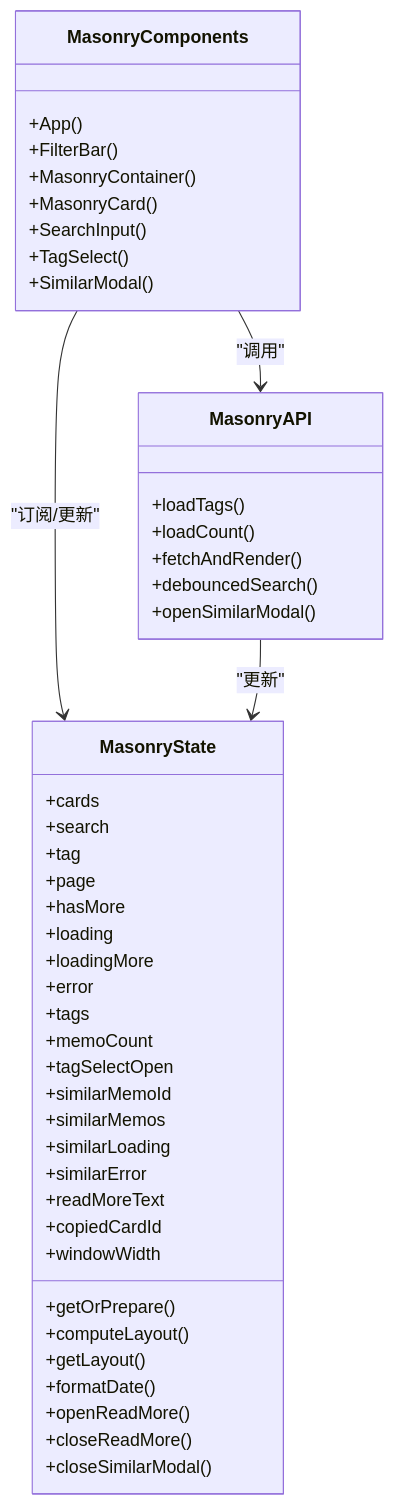
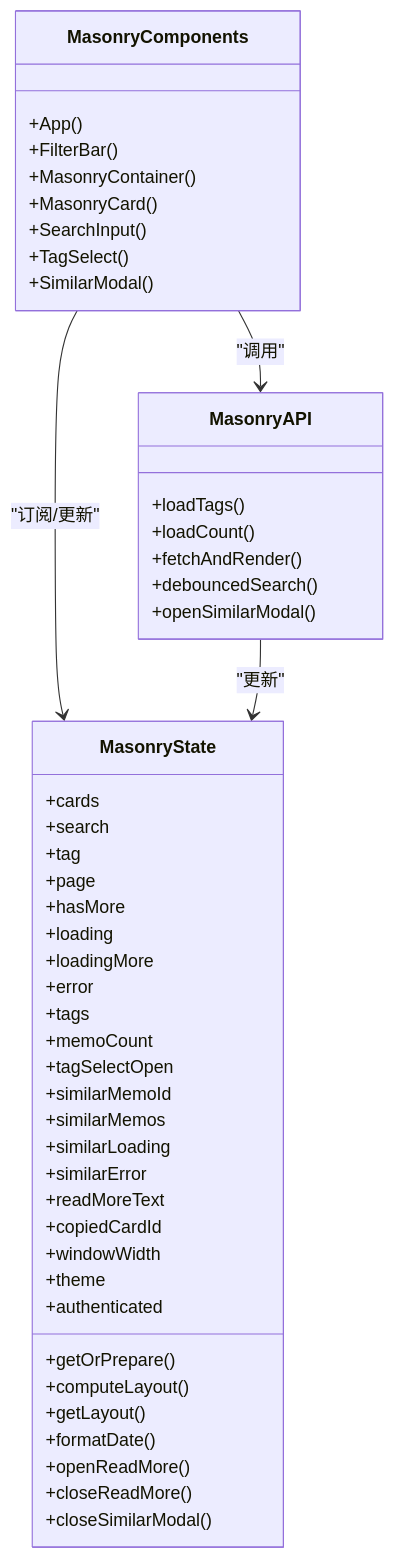
The third of 3 diagrams in .qoder/repowiki/zh/content/前端应用/Masonry瀑布流界面/状态管理机制.md (BlackBoxRecorder/memos), drawn with Mermaid before and after one commit. The commit also changed other lines of this file and 7 other files, not shown here.

````diff
--- a/.qoder/repowiki/zh/content/前端应用/Masonry瀑布流界面/状态管理机制.md
+++ b/.qoder/repowiki/zh/content/前端应用/Masonry瀑布流界面/状态管理机制.md
@@ -253,49 +268,51 @@
 ```mermaid
 classDiagram
 class MasonryState {
 +cards
 +search
 +tag
 +page
 +hasMore
 +loading
 +loadingMore
 +error
 +tags
 +memoCount
 +tagSelectOpen
 +similarMemoId
 +similarMemos
 +similarLoading
 +similarError
 +readMoreText
 +copiedCardId
 +windowWidth
++theme
++authenticated
 +getOrPrepare()
 +computeLayout()
 +getLayout()
 +formatDate()
 +openReadMore()
 +closeReadMore()
 +closeSimilarModal()
 }
 class MasonryComponents {
 +App()
 +FilterBar()
 +MasonryContainer()
 +MasonryCard()
 +SearchInput()
 +TagSelect()
 +SimilarModal()
 }
 class MasonryAPI {
 +loadTags()
 +loadCount()
 +fetchAndRender()
 +debouncedSearch()
 +openSimilarModal()
 }
 MasonryComponents --> MasonryState : "订阅/更新"
 MasonryComponents --> MasonryAPI : "调用"
 MasonryAPI --> MasonryState : "更新"
 ```
````
